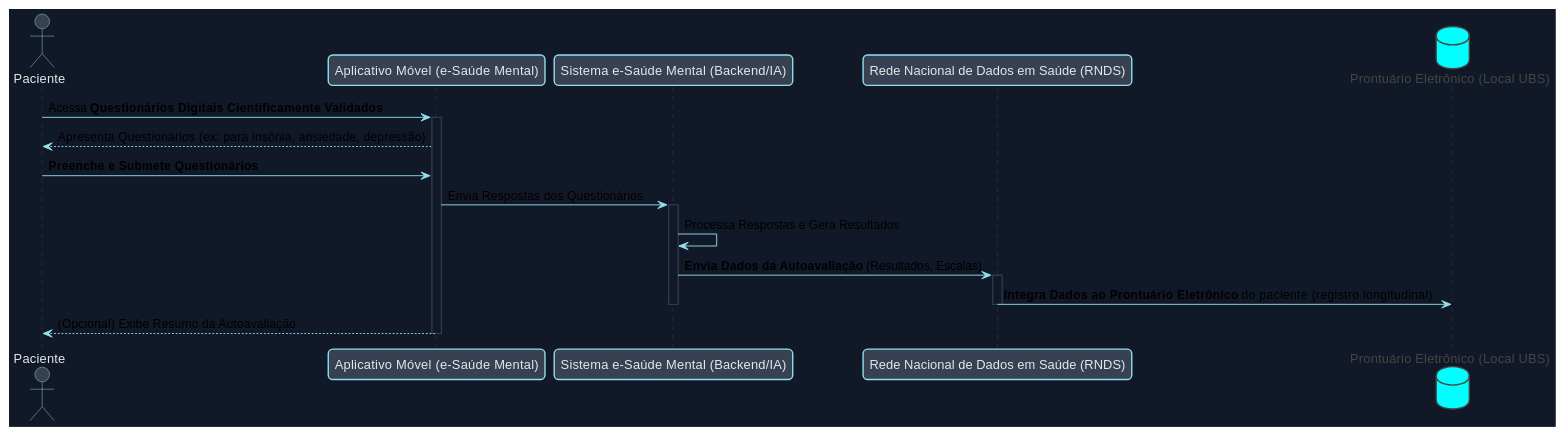
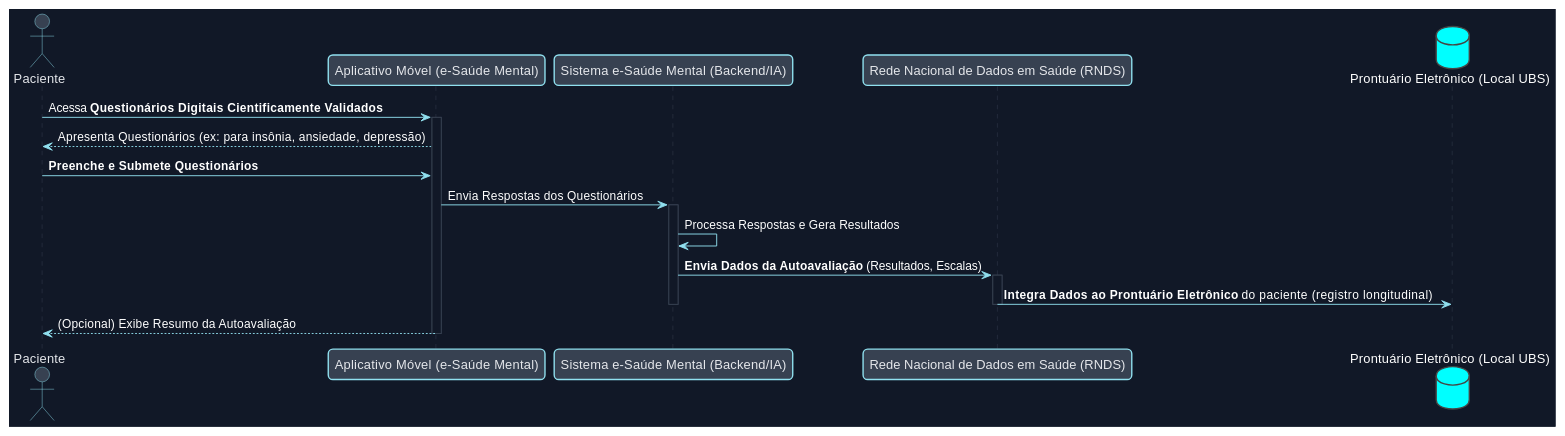
One commit to racoci/DevNotes changed the third of 13 diagrams in Health/Fluxos.md. Above: the diagram before and after it, drawn with PlantUML. The commit also changed other lines of this file and 2 other files, not shown here.

````diff
--- a/Health/Fluxos.md
+++ b/Health/Fluxos.md
@@ -57,61 +133,62 @@
 ```plantuml
 @startuml
 !theme vibrant
 ' Definições de Estilo (Dark Theme)
 skinparam shadowing false
 skinparam roundcorner 10
 skinparam backgroundColor #111827
+skinparam defaultFontColor #FFFFFF
 skinparam title {
     FontColor #FFFFFF
 }
 skinparam actor {
     BorderColor #90E0EF
     BackgroundColor #374151
     FontColor #E5E7EB
 }
 skinparam usecase {
     BorderColor #00A8E8
     BackgroundColor #1F2937
     FontColor #E5E7EB
 }
 skinparam rectangle {
     BorderColor #00A8E8
     BackgroundColor #1F2937
     FontColor #E5E7EB
 }
 skinparam arrow {
     Color #90E0EF
 }
 skinparam sequence {
     ParticipantBorderColor #90E0EF
     ParticipantBackgroundColor #374151
     ParticipantFontColor #E5E7EB
     DatabaseBorderColor #00A8E8
     DatabaseBackgroundColor #1F2937
     DatabaseFontColor #E5E7EB
     LifeLineBackgroundColor #111827
     LifeLineBorderColor #374151
 }
 
 actor Paciente
 participant "Aplicativo Móvel (e-Saúde Mental)" as App
 participant "Sistema e-Saúde Mental (Backend/IA)" as Backend
 participant "Rede Nacional de Dados em Saúde (RNDS)" as RNDS
 database "Prontuário Eletrônico (Local UBS)" as ProntuarioUBS
 
 Paciente -> App : Acessa **Questionários Digitais Cientificamente Validados**
 activate App
 App --> Paciente : Apresenta Questionários (ex: para insônia, ansiedade, depressão)
 Paciente -> App : **Preenche e Submete Questionários**
 App -> Backend : Envia Respostas dos Questionários
 activate Backend
 Backend -> Backend : Processa Respostas e Gera Resultados
 Backend -> RNDS : **Envia Dados da Autoavaliação** (Resultados, Escalas)
 activate RNDS
 RNDS -> ProntuarioUBS : **Integra Dados ao Prontuário Eletrônico** do paciente (registro longitudinal)
 deactivate RNDS
 deactivate Backend
 App --> Paciente : (Opcional) Exibe Resumo da Autoavaliação
 deactivate App
 @enduml
 ```
````
